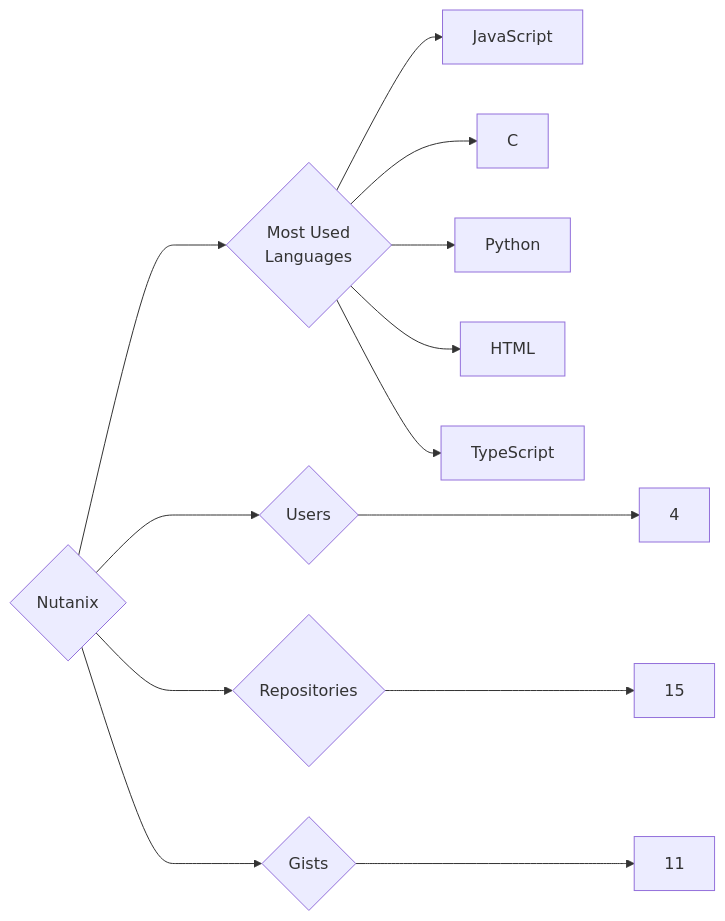
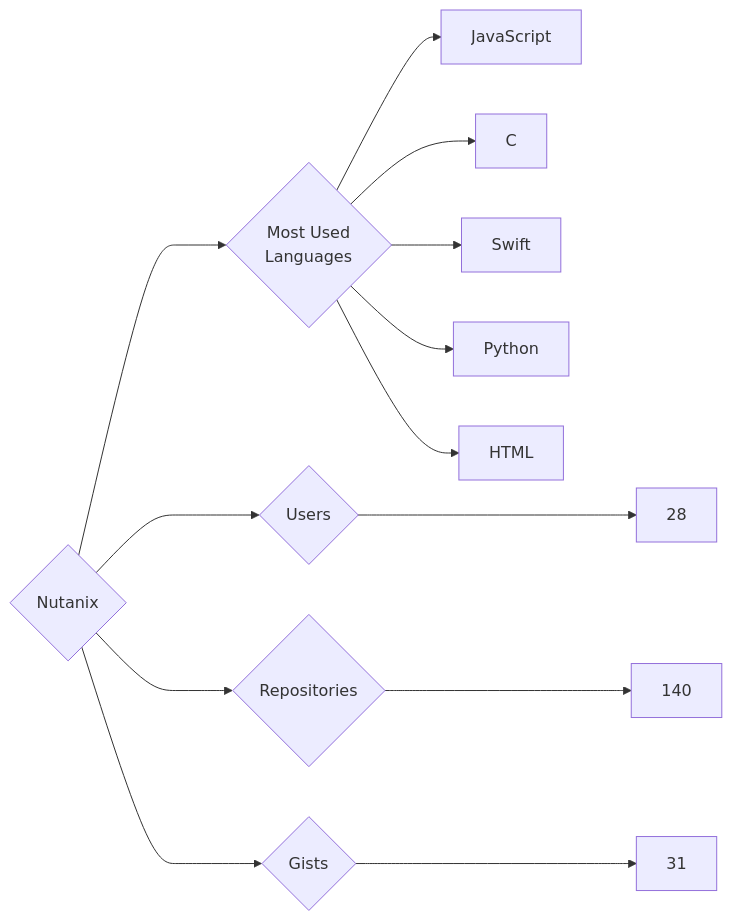
Before and after one commit to trickest/insiders: the diagram in targets/Nutanix/README.md, drawn with Mermaid. The commit also changed 972 other files, not shown here.

````diff
--- a/targets/Nutanix/README.md
+++ b/targets/Nutanix/README.md
@@ -3,13 +3,13 @@
 ```mermaid
 graph LR
 COMPANY_NAME{Nutanix}
-COMPANY_NAME ---> U{Users} ---> UN[4]
-COMPANY_NAME ---> R{Repositories} ---> RN[15]
-COMPANY_NAME ---> G{Gists} ---> GN[11]
+COMPANY_NAME ---> U{Users} ---> UN[28]
+COMPANY_NAME ---> R{Repositories} ---> RN[140]
+COMPANY_NAME ---> G{Gists} ---> GN[31]
 COMPANY_NAME ---> ML{Most Used<br>Languages}
 ML --> JavaScript[JavaScript]
 ML --> C[C]
+ML --> Swift[Swift]
 ML --> Python[Python]
 ML --> HTML[HTML]
-ML --> TypeScript[TypeScript]
 ```
````
